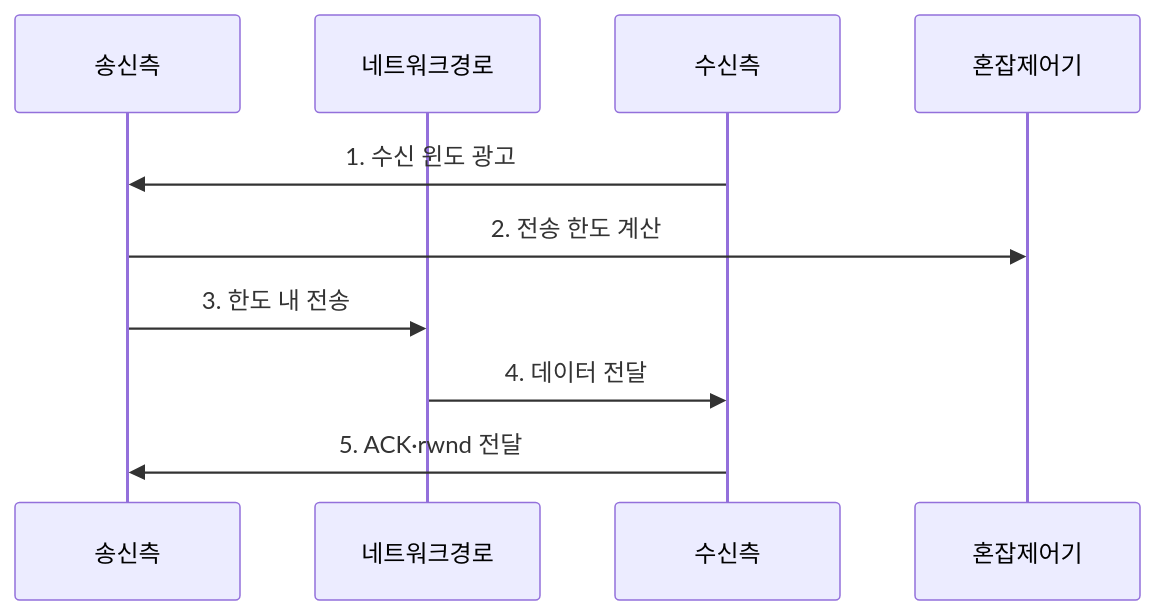
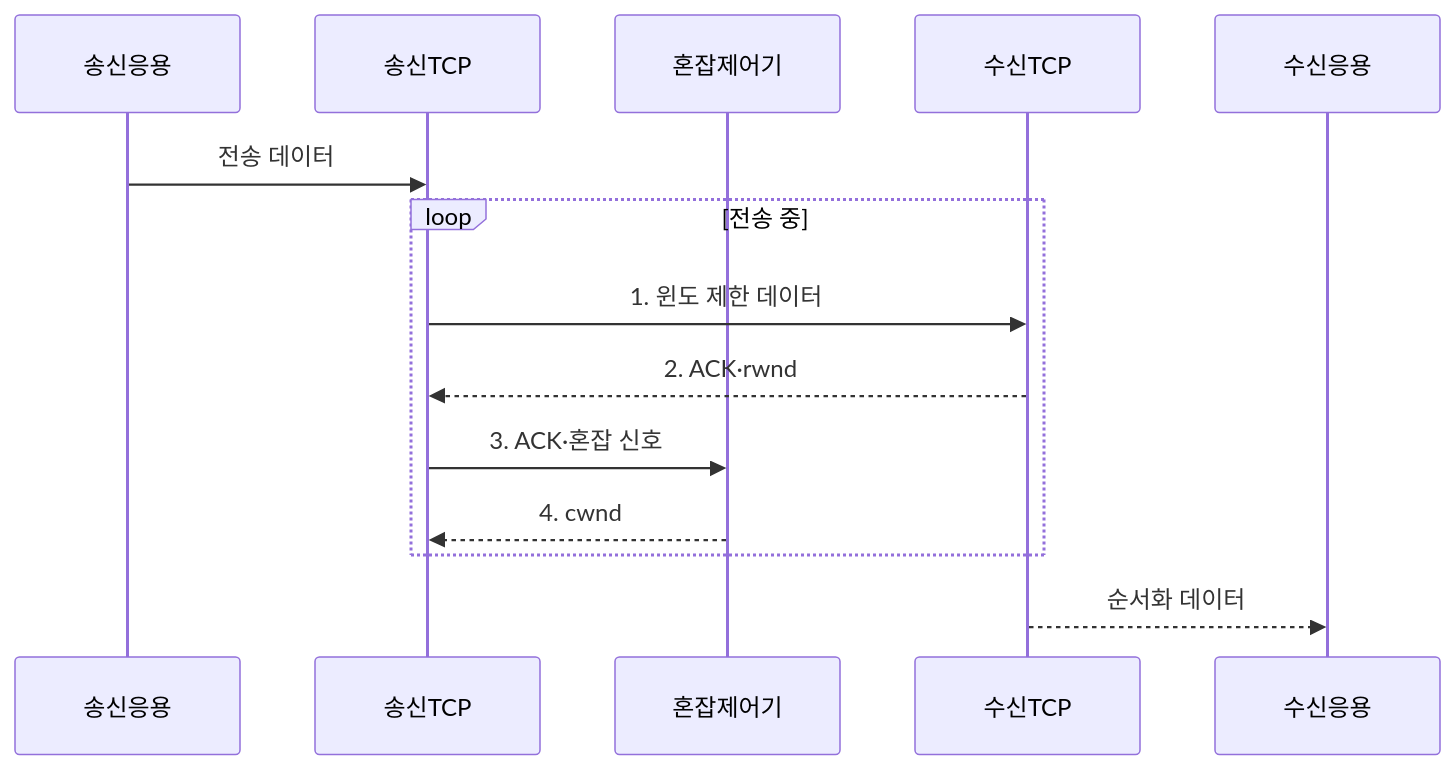
The second of 2 diagrams in src/content/docs/notes/04-network/028_flow_control.md (agnusdei1207/knowledge-base), drawn with Mermaid before and after one commit. The commit also changed other lines of this file and 20 other files, not shown here.

````diff
--- a/src/content/docs/notes/04-network/028_flow_control.md
+++ b/src/content/docs/notes/04-network/028_flow_control.md
@@ -89,12 +91,16 @@
 ```mermaid
 sequenceDiagram
-    participant 송신측
-    participant 네트워크경로
-    participant 수신측
+    participant 송신응용
+    participant 송신TCP
     participant 혼잡제어기
-    수신측->>송신측: 1. 수신 윈도 광고
-    송신측->>혼잡제어기: 2. 전송 한도 계산
-    송신측->>네트워크경로: 3. 한도 내 전송
-    네트워크경로->>수신측: 4. 데이터 전달
-    수신측->>송신측: 5. ACK·rwnd 전달
+    participant 수신TCP
+    participant 수신응용
+    송신응용->>송신TCP: 전송 데이터
+    loop 전송 중
+        송신TCP->>수신TCP: 1. 윈도 제한 데이터
+        수신TCP-->>송신TCP: 2. ACK·rwnd
+        송신TCP->>혼잡제어기: 3. ACK·혼잡 신호
+        혼잡제어기-->>송신TCP: 4. cwnd
+    end
+    수신TCP-->>수신응용: 순서화 데이터
 ```
````
